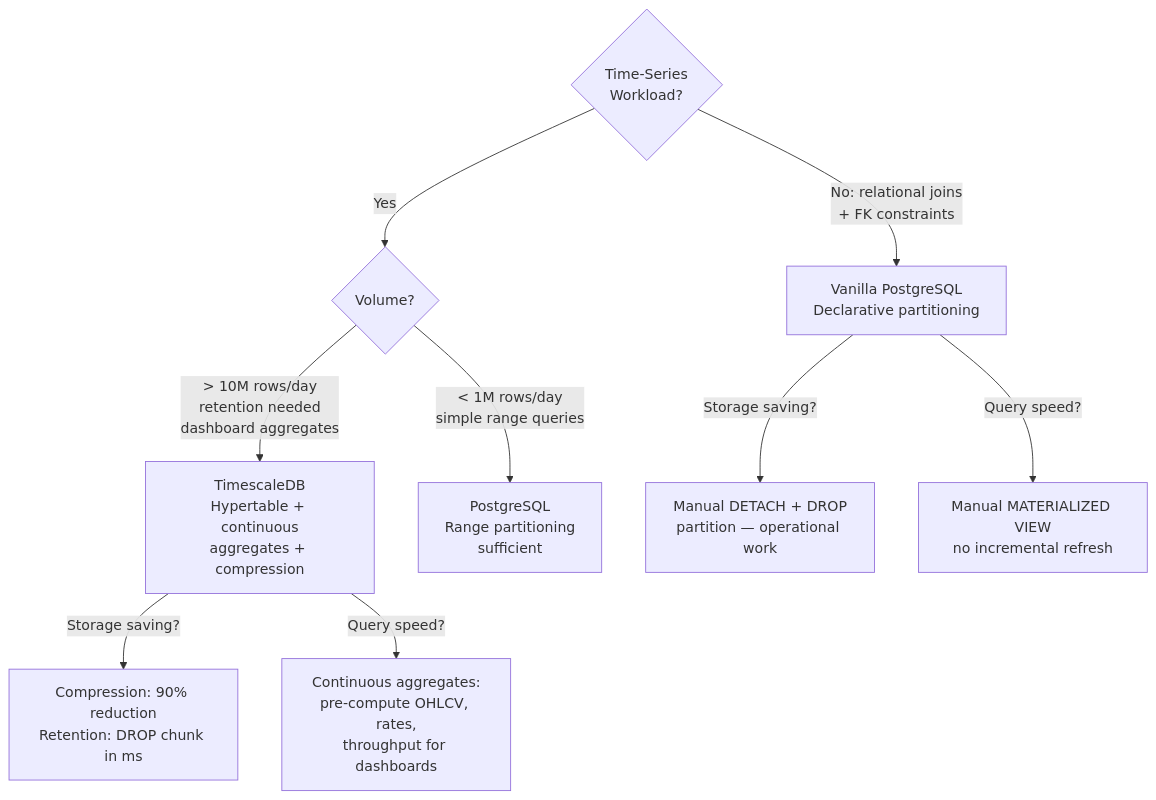
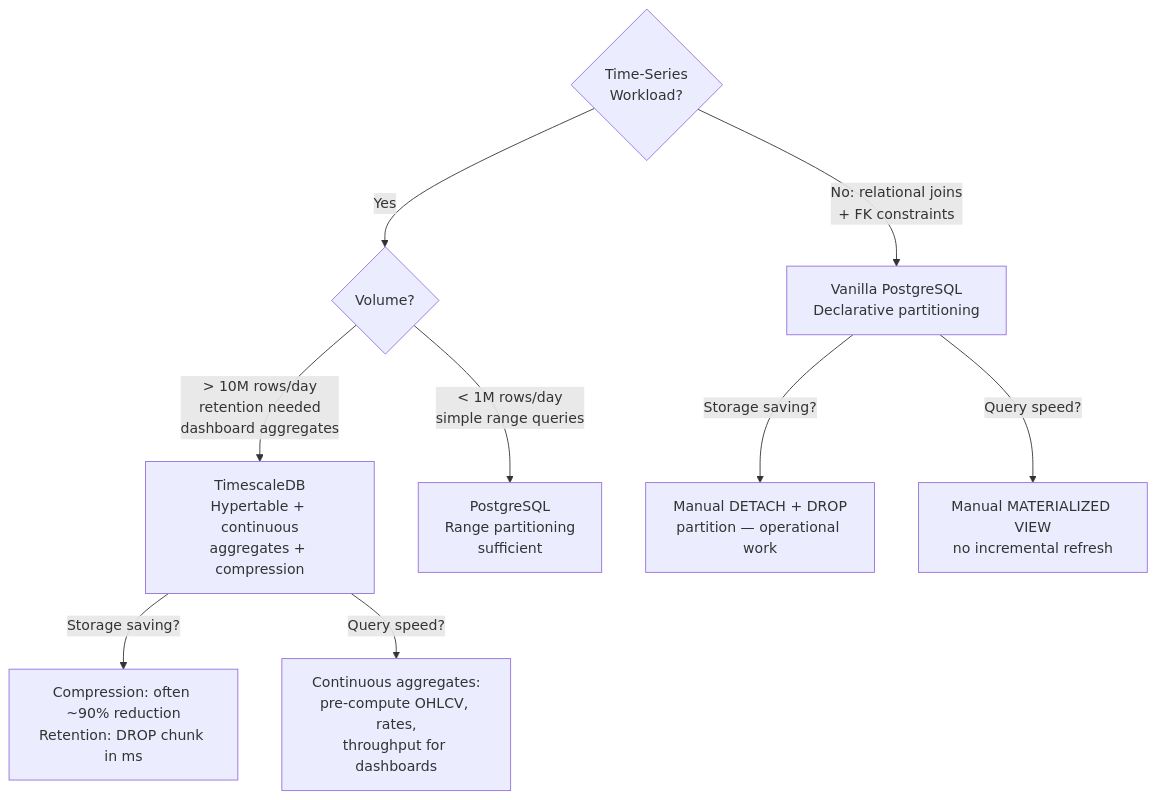
One commit to mostafasroor1983/fintech-engineering-mastery changed the diagram in docs/content/tracks/track-08-database/lesson-13-time-series/index.md. Above: the diagram before and after it, drawn with Mermaid. The commit also changed other lines of this file and 169 other files, not shown here.

````diff
--- a/docs/content/tracks/track-08-database/lesson-13-time-series/index.md
+++ b/docs/content/tracks/track-08-database/lesson-13-time-series/index.md
@@ -575,13 +593,13 @@
 ```mermaid
 graph TD
     A{Time-Series\nWorkload?} -->|Yes| B{Volume?}
     A -->|No: relational joins\n+ FK constraints| C[Vanilla PostgreSQL\nDeclarative partitioning]
 
     B -->|> 10M rows/day\nretention needed\ndashboard aggregates| D[TimescaleDB\nHypertable + continuous\naggregates + compression]
     B -->|< 1M rows/day\nsimple range queries| E[PostgreSQL\nRange partitioning\nsufficient]
 
-    D -->|Storage saving?| F[Compression: 90% reduction\nRetention: DROP chunk in ms]
+    D -->|Storage saving?| F[Compression: often ~90% reduction\nRetention: DROP chunk in ms]
     D -->|Query speed?| G[Continuous aggregates:\npre-compute OHLCV, rates,\nthroughput for dashboards]
     C -->|Storage saving?| H[Manual DETACH + DROP\npartition — operational work]
     C -->|Query speed?| I[Manual MATERIALIZED VIEW\nno incremental refresh]
 ```
````
